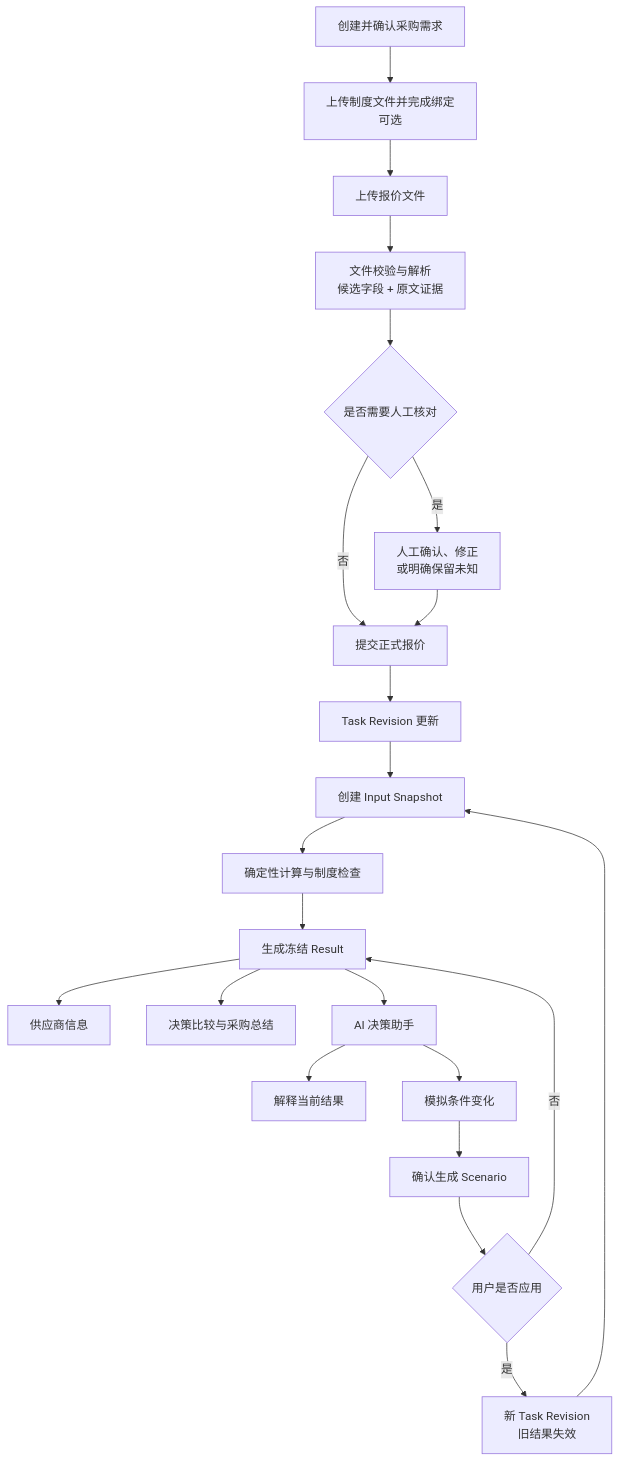
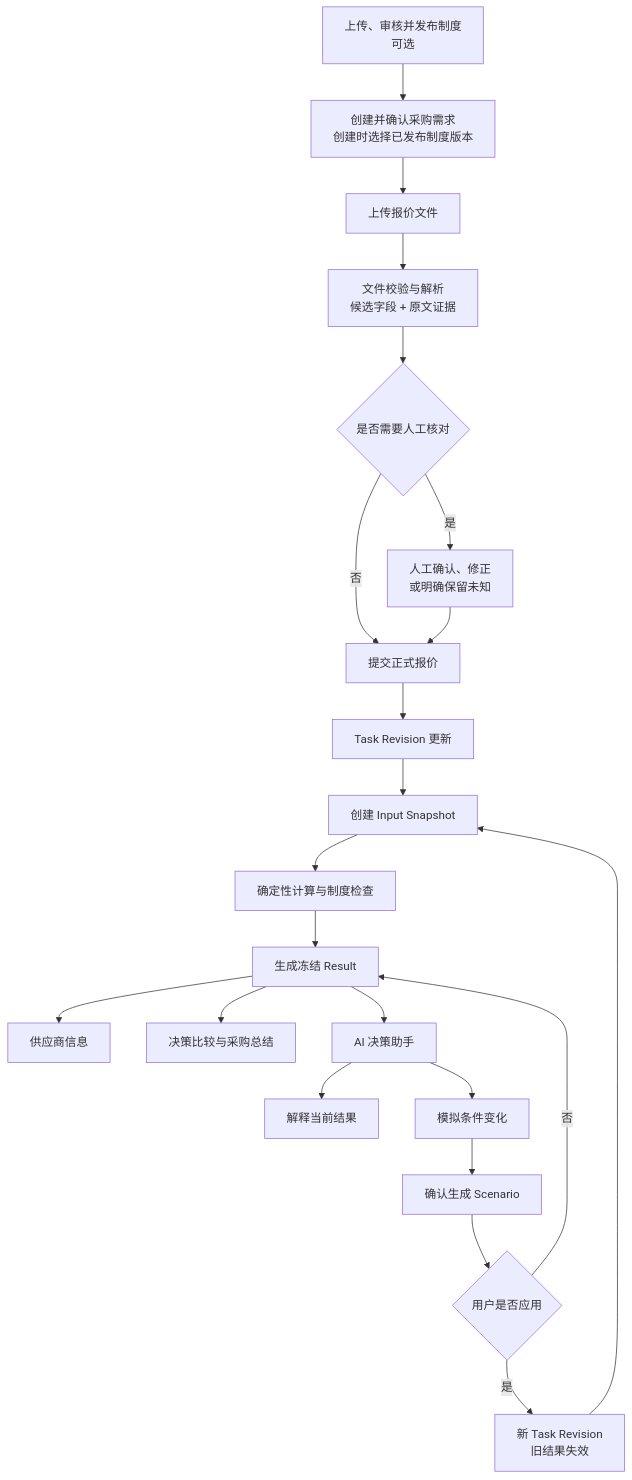
The first of 5 diagrams in docs/guide/guide_END_TO_END_WORKFLOW_AND_CHATBOT.md (daydreamer17/Team-QQFARM), drawn with Mermaid before and after one commit. The commit also changed other lines of this file and 35 other files, not shown here.

````diff
--- a/docs/guide/guide_END_TO_END_WORKFLOW_AND_CHATBOT.md
+++ b/docs/guide/guide_END_TO_END_WORKFLOW_AND_CHATBOT.md
@@ -27,24 +27,24 @@
 ```mermaid
 flowchart TD
-    A[创建并确认采购需求] --> B[上传制度文件并完成绑定<br/>可选]
-    B --> C[上传报价文件]
+    B[上传、审核并发布制度<br/>可选] --> A[创建并确认采购需求<br/>创建时选择已发布制度版本]
+    A --> C[上传报价文件]
     C --> D[文件校验与解析<br/>候选字段 + 原文证据]
     D --> E{是否需要人工核对}
     E -- 是 --> F[人工确认、修正<br/>或明确保留未知]
     E -- 否 --> G[提交正式报价]
     F --> G
     G --> H[Task Revision 更新]
     H --> I[创建 Input Snapshot]
     I --> J[确定性计算与制度检查]
     J --> K[生成冻结 Result]
     K --> L[供应商信息]
     K --> M[决策比较与采购总结]
     K --> N[AI 决策助手]
     N --> O[解释当前结果]
     N --> P[模拟条件变化]
     P --> Q[确认生成 Scenario]
     Q --> R{用户是否应用}
     R -- 否 --> K
     R -- 是 --> S[新 Task Revision<br/>旧结果失效]
     S --> I
 ```
````
